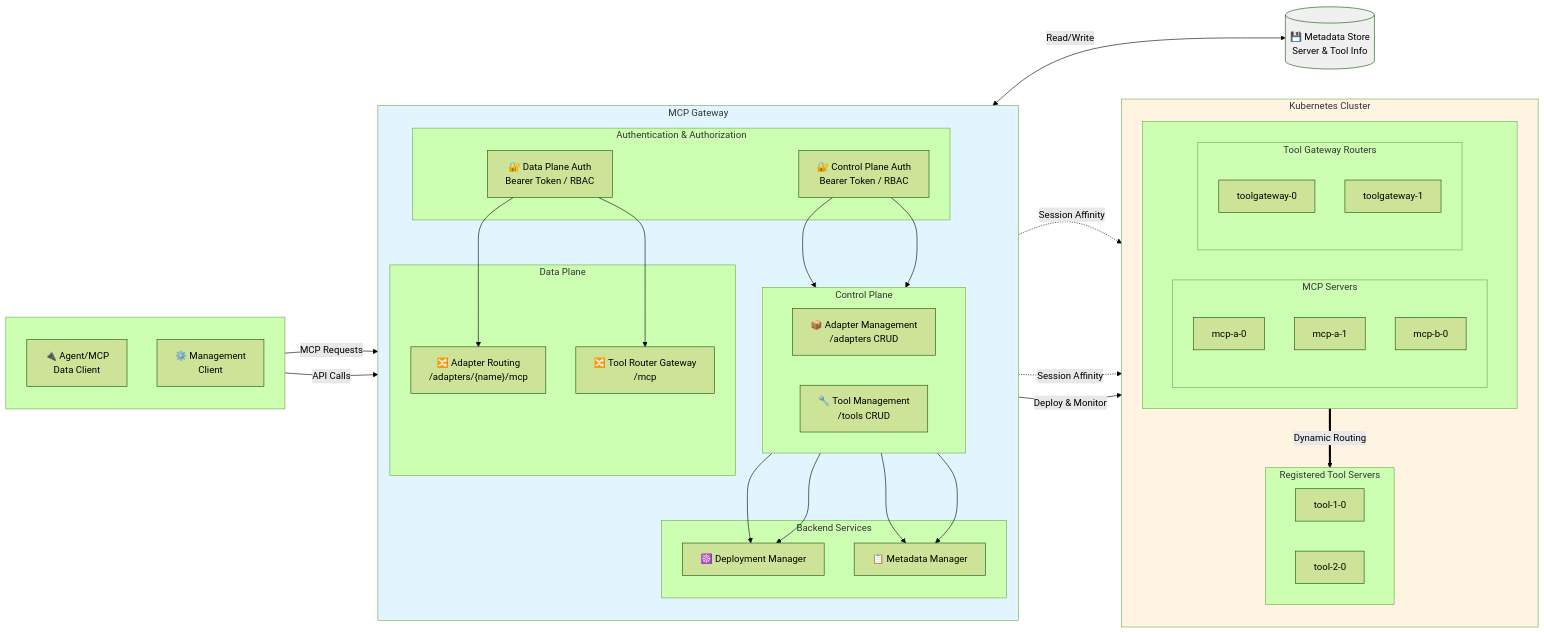
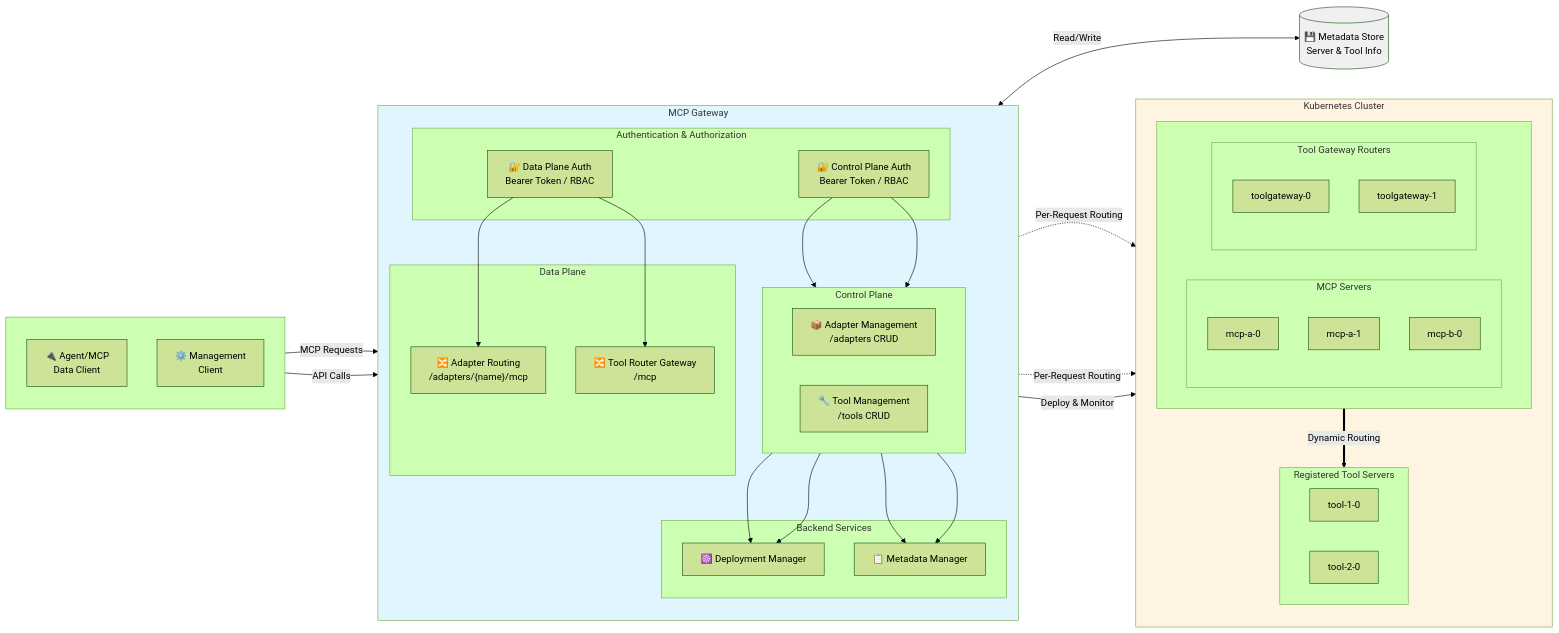
Before and after one commit to microsoft/mcp-gateway: the diagram in README.md, drawn with Mermaid (forest theme). The commit also changed other lines of this file and 69 other files, not shown here.

```diff
--- a/README.md
+++ b/README.md
@@ -103,8 +105,8 @@
     AdapterMgmt & ToolMgmt --> DeploymentMgmt
     AdapterMgmt & ToolMgmt --> MetadataMgmt
     
-    Routing -.->|"Session Affinity"| MCPServers
-    ToolRouting -.->|"Session Affinity"| ToolRouters
+    Routing -.->|"Per-Request Routing"| MCPServers
+    ToolRouting -.->|"Per-Request Routing"| ToolRouters
     ToolRouters ==>|"Dynamic Routing"| ToolServers
     
     DeploymentMgmt -->|"Deploy & Monitor"| Cluster
```
